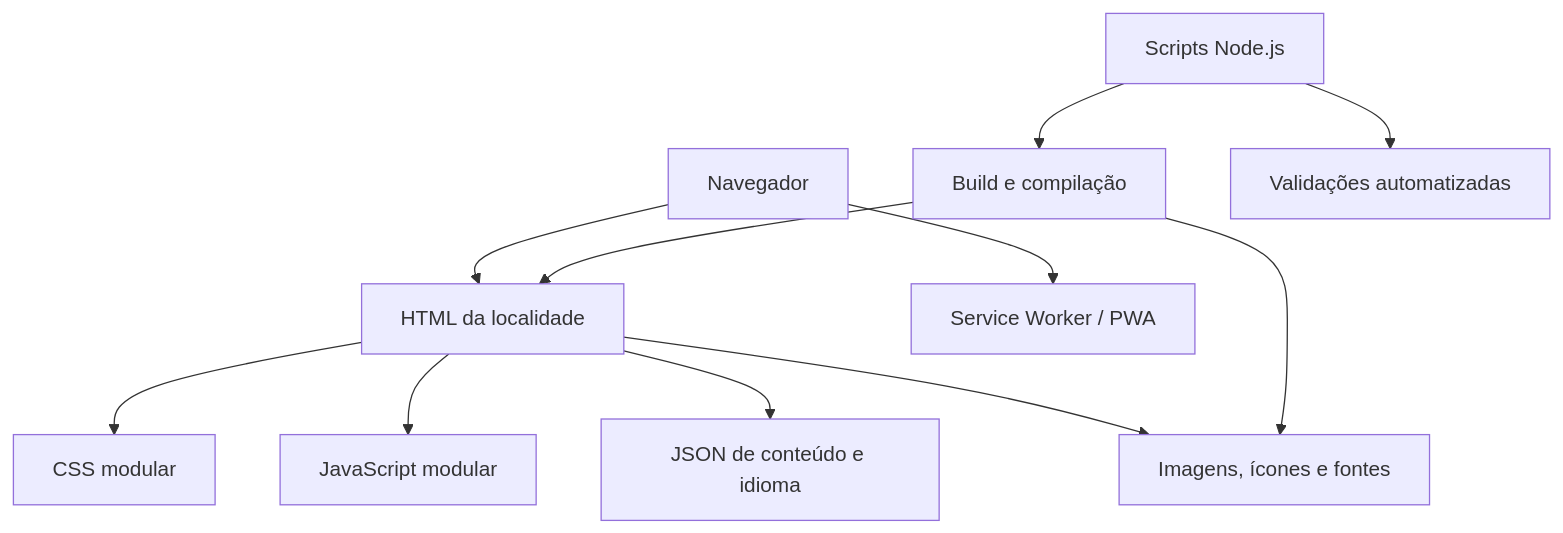
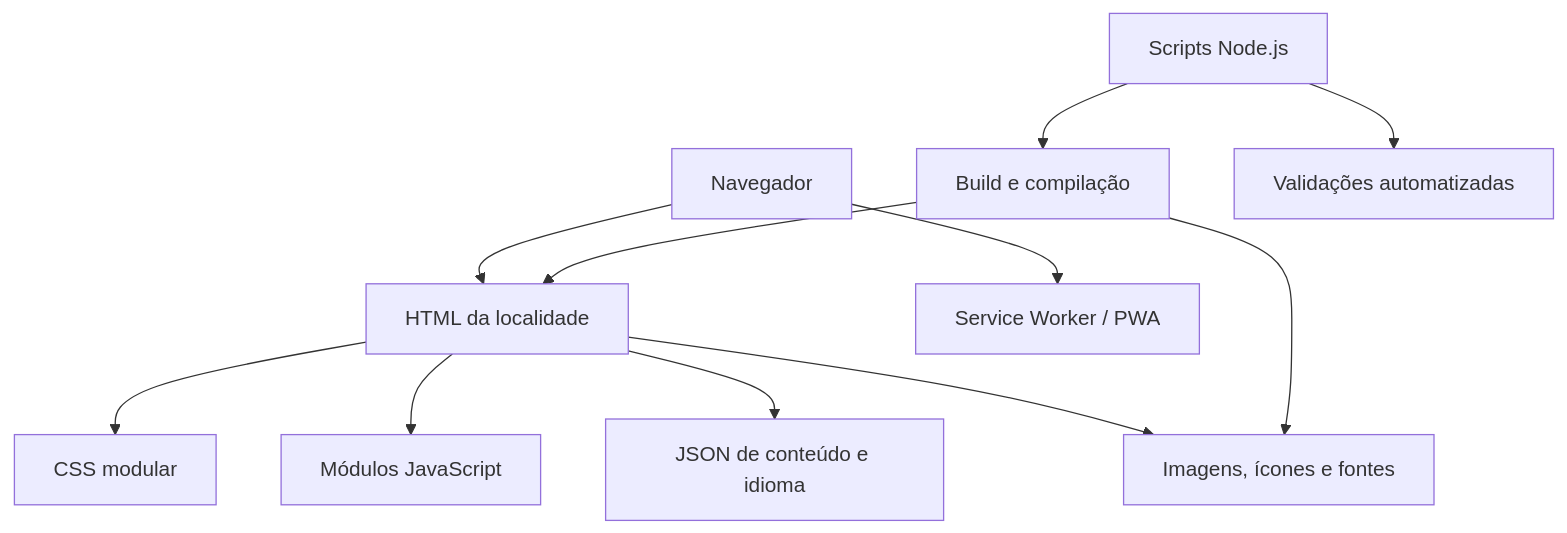
Before and after one commit to RMBarros-Dev/instituto-nova-esperanca: the diagram in README.md, drawn with Mermaid. The commit also changed other lines of this file and 1 other file, not shown here.

````diff
--- a/README.md
+++ b/README.md
@@ -121,13 +101,13 @@
 ```mermaid
 flowchart TD
-    Browser[Navegador] --> Page[HTML da localidade]
-    Page --> CSS[CSS modular]
-    Page --> JS[JavaScript modular]
-    Page --> Data[JSON de conteúdo e idioma]
-    Page --> Assets[Imagens, ícones e fontes]
-    Browser --> SW[Service Worker / PWA]
-    Scripts[Scripts Node.js] --> Build[Build e compilação]
-    Scripts --> QA[Validações automatizadas]
-    Build --> Page
-    Build --> Assets
+  Browser[Navegador] --> Page[HTML da localidade]
+  Page --> CSS[CSS modular]
+  Page --> JS[Módulos JavaScript]
+  Page --> Data[JSON de conteúdo e idioma]
+  Page --> Assets[Imagens, ícones e fontes]
+  Browser --> SW[Service Worker / PWA]
+  Scripts[Scripts Node.js] --> Build[Build e compilação]
+  Scripts --> QA[Validações automatizadas]
+  Build --> Page
+  Build --> Assets
 ```
````
